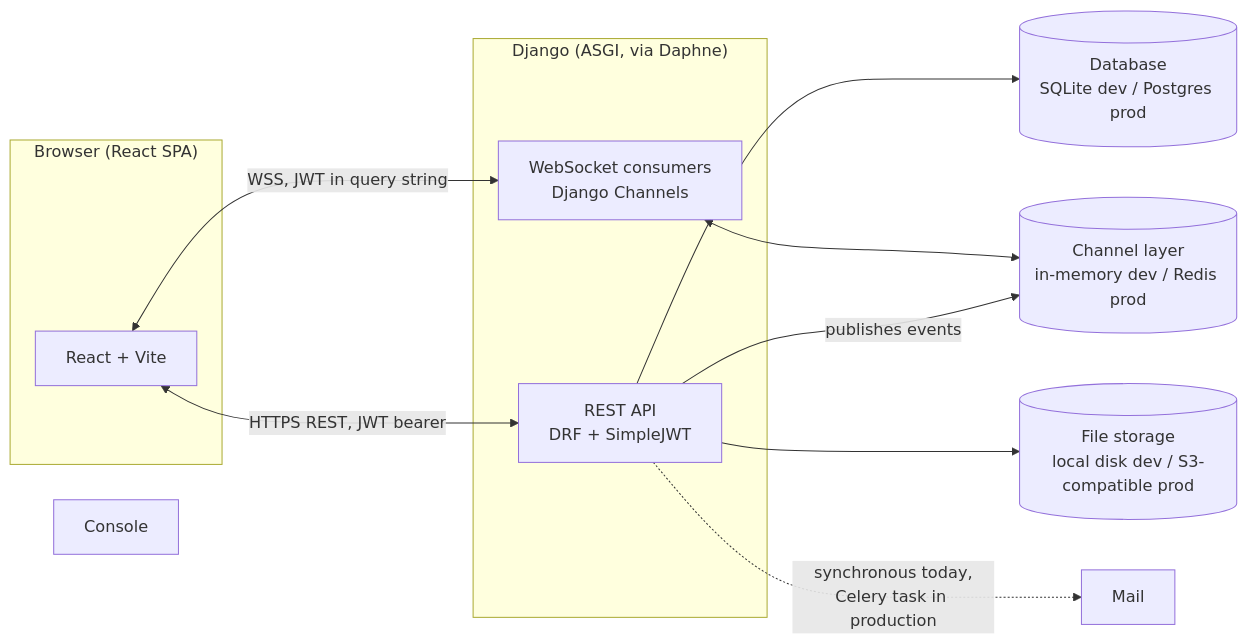
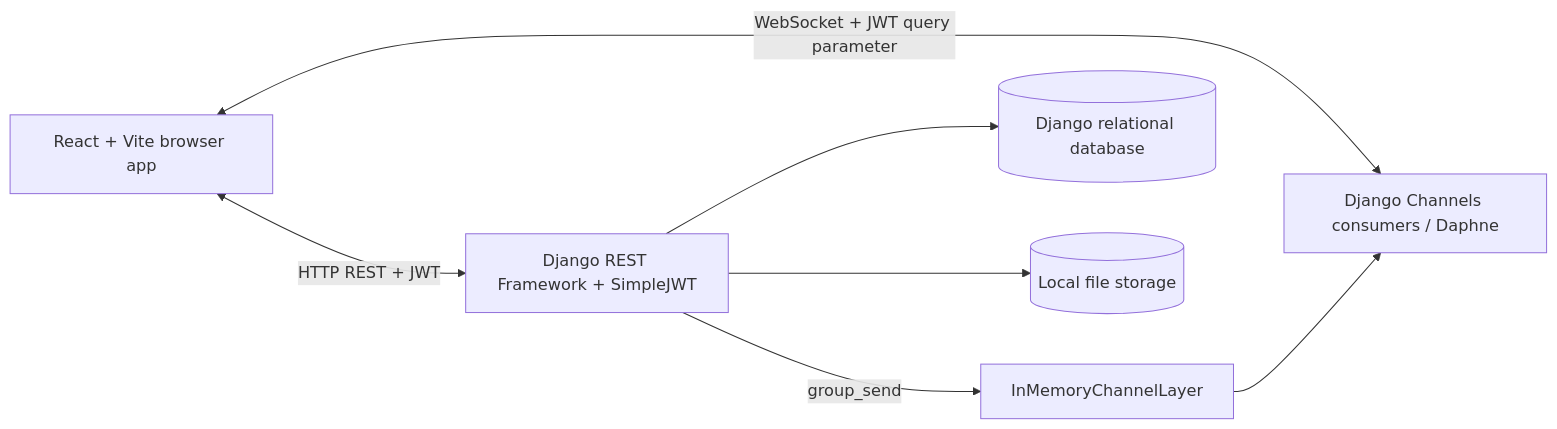
One commit to Tri27sen/HelpDesk changed the first of 4 diagrams in README.md. Above: the diagram before and after it, drawn with Mermaid. The commit also changed other lines of this file, not shown here.

````diff
--- a/README.md
+++ b/README.md
@@ -41,24 +30,16 @@
 ```mermaid
 flowchart LR
-    subgraph Client["Browser (React SPA)"]
-        UI[React + Vite]
-    end
+    UI[React + Vite browser app]
+    API[Django REST Framework + SimpleJWT]
+    WS[Django Channels consumers / Daphne]
+    CL[InMemoryChannelLayer]
+    DB[(Django relational database)]
+    FILES[(Local file storage)]
 
-    subgraph Backend["Django (ASGI, via Daphne)"]
-        API[REST API<br/>DRF + SimpleJWT]
-        WS[WebSocket consumers<br/>Django Channels]
-    end
-
-    CL[(Channel layer<br/>in-memory dev / Redis prod)]
-    DB[(Database<br/>SQLite dev / Postgres prod)]
-    Media[(File storage<br/>local disk dev / S3-compatible prod)]
-    Console
-
-    UI <-->|HTTPS REST, JWT bearer| API
-    UI <-->|WSS, JWT in query string| WS
+    UI <-->|HTTP REST + JWT| API
+    UI <-->|WebSocket + JWT query parameter| WS
     API --> DB
-    WS <--> CL
-    API -->|publishes events| CL
-    API --> Media
-    API -.->|synchronous today,<br/>Celery task in production| Mail
+    API --> FILES
+    API -->|group_send| CL
+    CL --> WS
 ```
````
